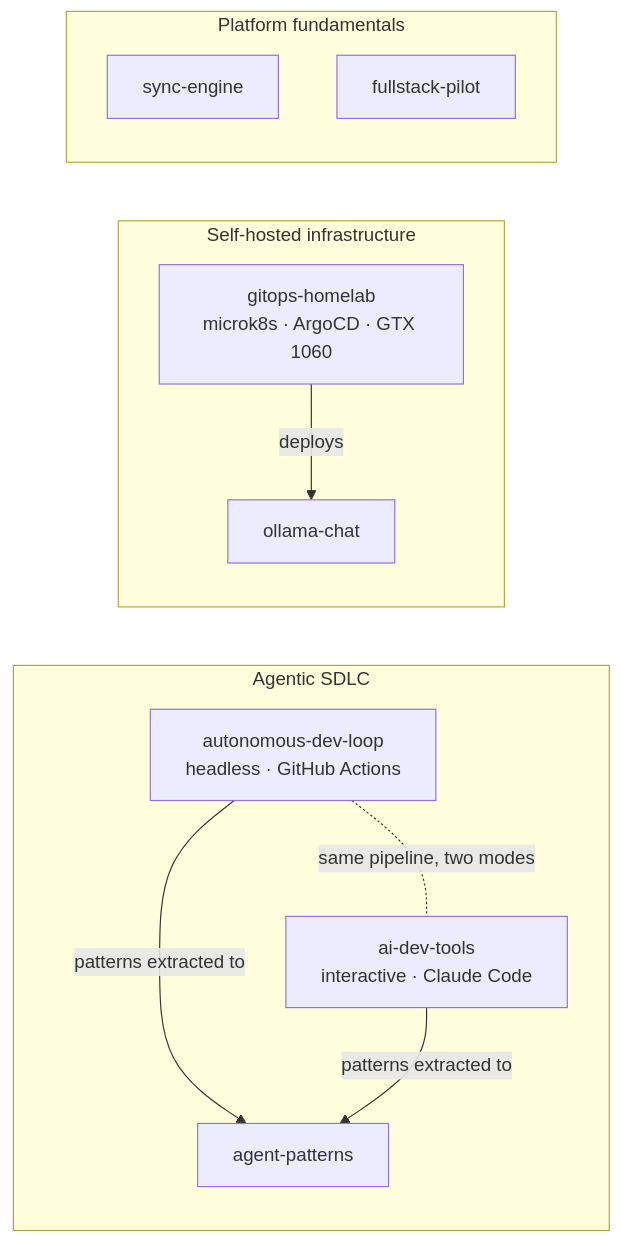
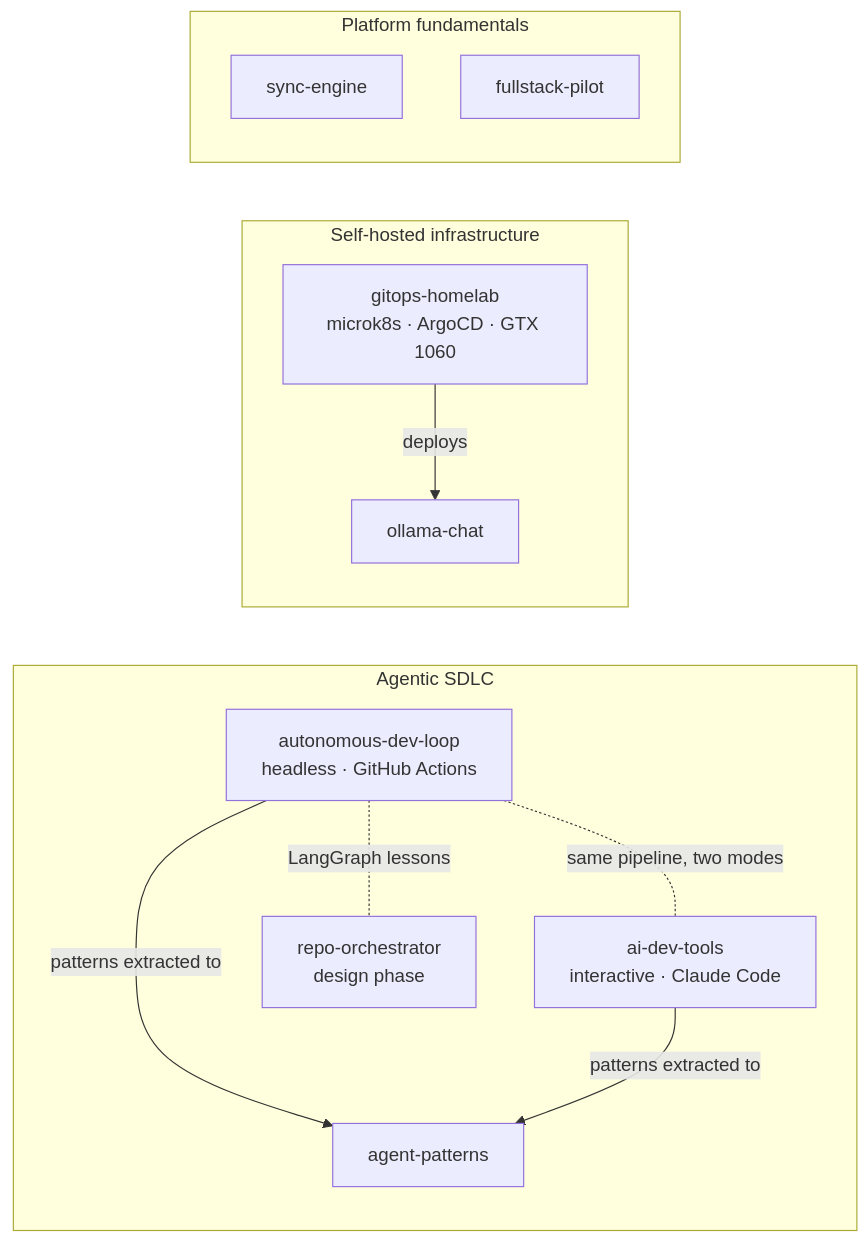
Before and after one commit to koydas/koydas: the diagram in README.md, drawn with Mermaid. The commit also changed other lines of this file and 1 other file, not shown here.

Commit message:
docs: add repo-orchestrator to the profile and fix the agent-patterns count (#10)

````diff
--- a/README.md
+++ b/README.md
@@ -29,20 +30,22 @@
 ```mermaid
 flowchart LR
     subgraph sdlc["Agentic SDLC"]
         adl["autonomous-dev-loop<br/>headless · GitHub Actions"]
         adt["ai-dev-tools<br/>interactive · Claude Code"]
         ap["agent-patterns"]
+        ro["repo-orchestrator<br/>design phase"]
     end
     subgraph infra["Self-hosted infrastructure"]
         gh["gitops-homelab<br/>microk8s · ArgoCD · GTX 1060"]
         oc["ollama-chat"]
     end
     subgraph fund["Platform fundamentals"]
         se["sync-engine"]
         fp["fullstack-pilot"]
     end
     adl -- "patterns extracted to" --> ap
     adt -- "patterns extracted to" --> ap
     adl -.-|"same pipeline, two modes"| adt
+    adl -.-|"LangGraph lessons"| ro
     gh -- "deploys" --> oc
 ```
````
